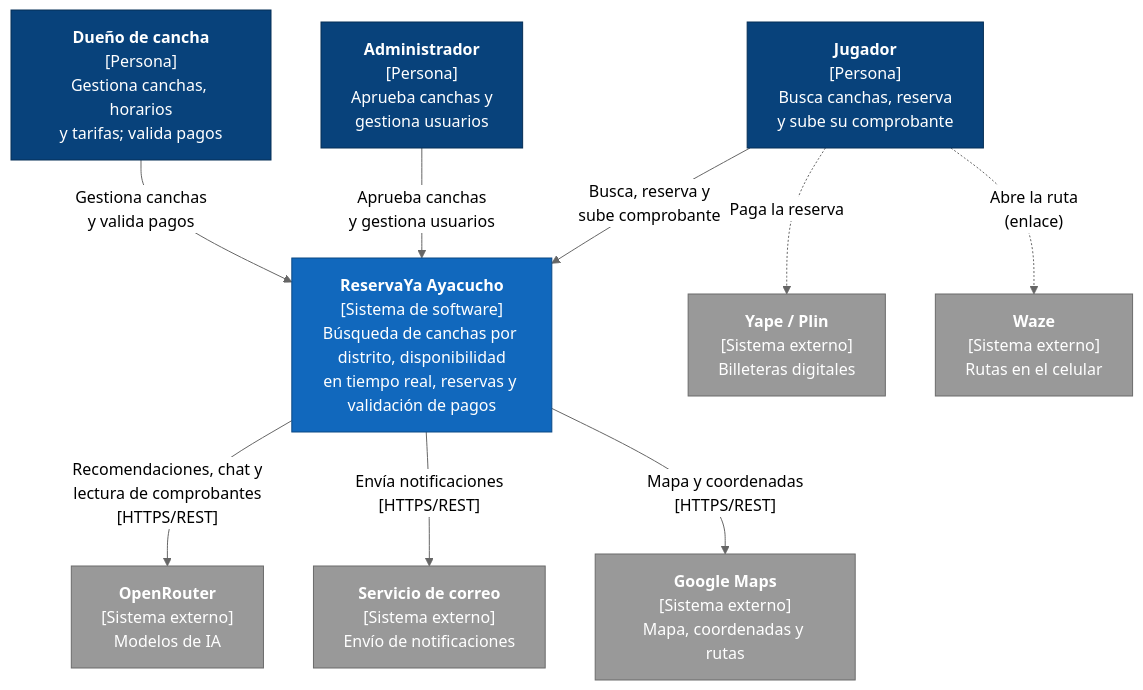
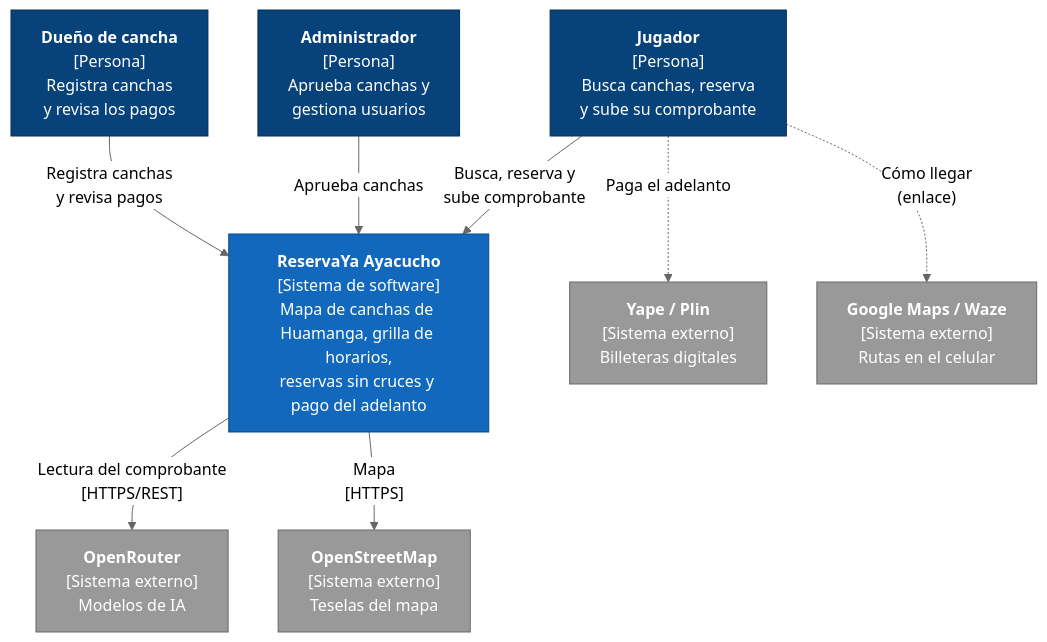
Before and after one commit to edhtsprado27-bit/ReservaYa-Ayacucho: the diagram in img/fuentes-svg/nivel1-contexto.mmd, drawn with Mermaid (neutral theme). The commit also changed 13 other files, not shown here.

```diff
--- a/img/fuentes-svg/nivel1-contexto.mmd
+++ b/img/fuentes-svg/nivel1-contexto.mmd
@@ -1,28 +1,26 @@
 flowchart TB
     jugador["<b>Jugador</b><br/>[Persona]<br/>Busca canchas, reserva<br/>y sube su comprobante"]
-    dueno["<b>Dueño de cancha</b><br/>[Persona]<br/>Gestiona canchas, horarios<br/>y tarifas; valida pagos"]
+    dueno["<b>Dueño de cancha</b><br/>[Persona]<br/>Registra canchas<br/>y revisa los pagos"]
     admin["<b>Administrador</b><br/>[Persona]<br/>Aprueba canchas y<br/>gestiona usuarios"]
 
-    sistema["<b>ReservaYa Ayacucho</b><br/>[Sistema de software]<br/>Búsqueda de canchas por distrito, disponibilidad<br/>en tiempo real, reservas y validación de pagos"]
+    sistema["<b>ReservaYa Ayacucho</b><br/>[Sistema de software]<br/>Mapa de canchas de Huamanga, grilla de horarios,<br/>reservas sin cruces y pago del adelanto"]
 
     yape["<b>Yape / Plin</b><br/>[Sistema externo]<br/>Billeteras digitales"]
     openrouter["<b>OpenRouter</b><br/>[Sistema externo]<br/>Modelos de IA"]
-    correo["<b>Servicio de correo</b><br/>[Sistema externo]<br/>Envío de notificaciones"]
-    maps["<b>Google Maps</b><br/>[Sistema externo]<br/>Mapa, coordenadas y rutas"]
-    waze["<b>Waze</b><br/>[Sistema externo]<br/>Rutas en el celular"]
+    osm["<b>OpenStreetMap</b><br/>[Sistema externo]<br/>Teselas del mapa"]
+    rutas["<b>Google Maps / Waze</b><br/>[Sistema externo]<br/>Rutas en el celular"]
 
     jugador -- "Busca, reserva y<br/>sube comprobante" --> sistema
-    dueno -- "Gestiona canchas<br/>y valida pagos" --> sistema
-    admin -- "Aprueba canchas<br/>y gestiona usuarios" --> sistema
-    jugador -. "Paga la reserva" .-> yape
-    sistema -- "Recomendaciones, chat y<br/>lectura de comprobantes<br/>[HTTPS/REST]" --> openrouter
-    sistema -- "Envía notificaciones<br/>[HTTPS/REST]" --> correo
-    sistema -- "Mapa y coordenadas<br/>[HTTPS/REST]" --> maps
-    jugador -. "Abre la ruta<br/>(enlace)" .-> waze
+    dueno -- "Registra canchas<br/>y revisa pagos" --> sistema
+    admin -- "Aprueba canchas" --> sistema
+    jugador -. "Paga el adelanto" .-> yape
+    sistema -- "Lectura del comprobante<br/>[HTTPS/REST]" --> openrouter
+    sistema -- "Mapa<br/>[HTTPS]" --> osm
+    jugador -. "Cómo llegar<br/>(enlace)" .-> rutas
 
     classDef persona fill:#08427b,stroke:#052e56,color:#fff
     classDef interno fill:#1168bd,stroke:#0b4884,color:#fff
     classDef externo fill:#999999,stroke:#6b6b6b,color:#fff
     class jugador,dueno,admin persona
     class sistema interno
-    class yape,openrouter,correo,maps,waze externo
+    class yape,openrouter,osm,rutas externo
```
